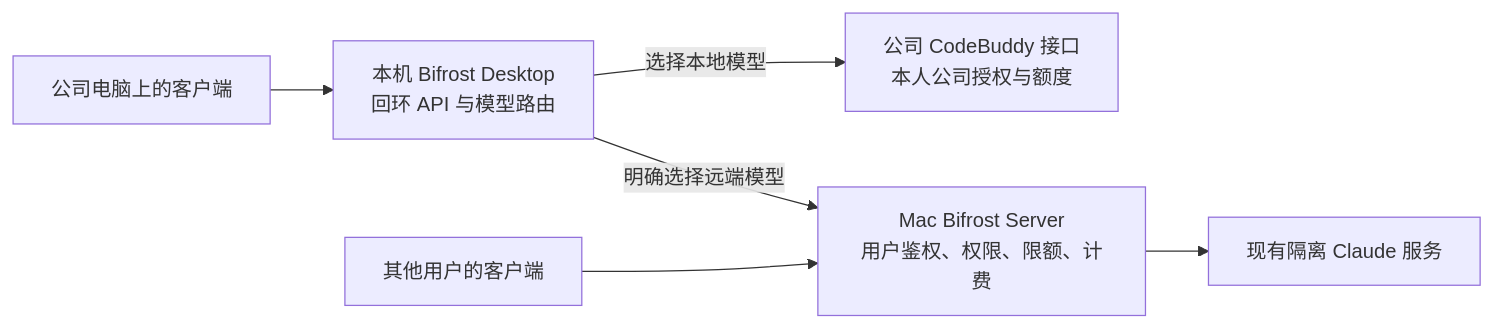
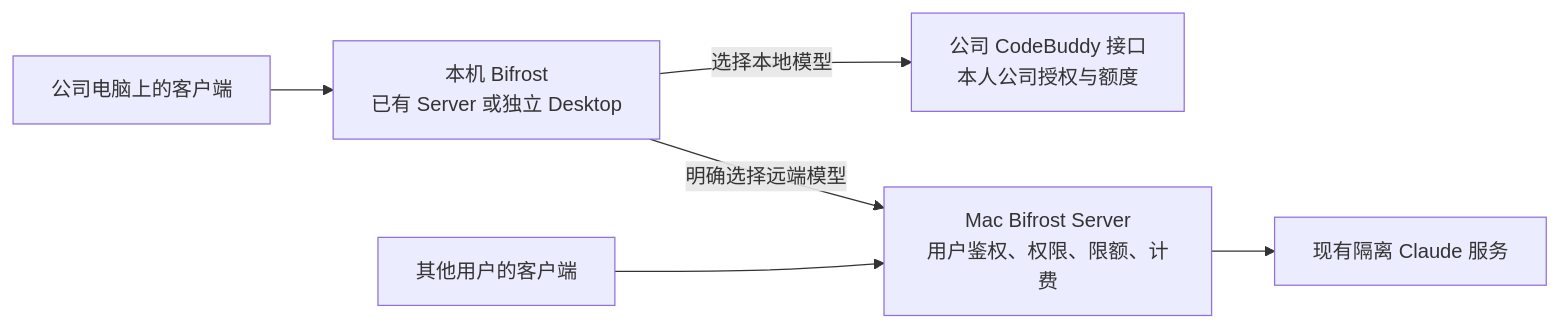
The diagram in docs/hybrid-gateway-architecture.md (PZZZB/Bifrost), drawn with Mermaid before and after one commit. The commit also changed other lines of this file and 3 other files, not shown here.

Commit message:
Document the account pool architecture and deployment boundaries

````diff
--- a/docs/hybrid-gateway-architecture.md
+++ b/docs/hybrid-gateway-architecture.md
@@ -16,8 +18,8 @@
 ```mermaid
 flowchart LR
-    IDE[公司电脑上的客户端] --> Desktop["本机 Bifrost Desktop<br/>回环 API 与模型路由"]
+    IDE[公司电脑上的客户端] --> Desktop["本机 Bifrost<br/>已有 Server 或独立 Desktop"]
     Desktop -->|选择本地模型| Company["公司 CodeBuddy 接口<br/>本人公司授权与额度"]
     Desktop -->|明确选择远端模型| Server["Mac Bifrost Server<br/>用户鉴权、权限、限额、计费"]
     Customer[其他用户的客户端] --> Server
     Server --> Claude[现有隔离 Claude 服务]
 ```
````
